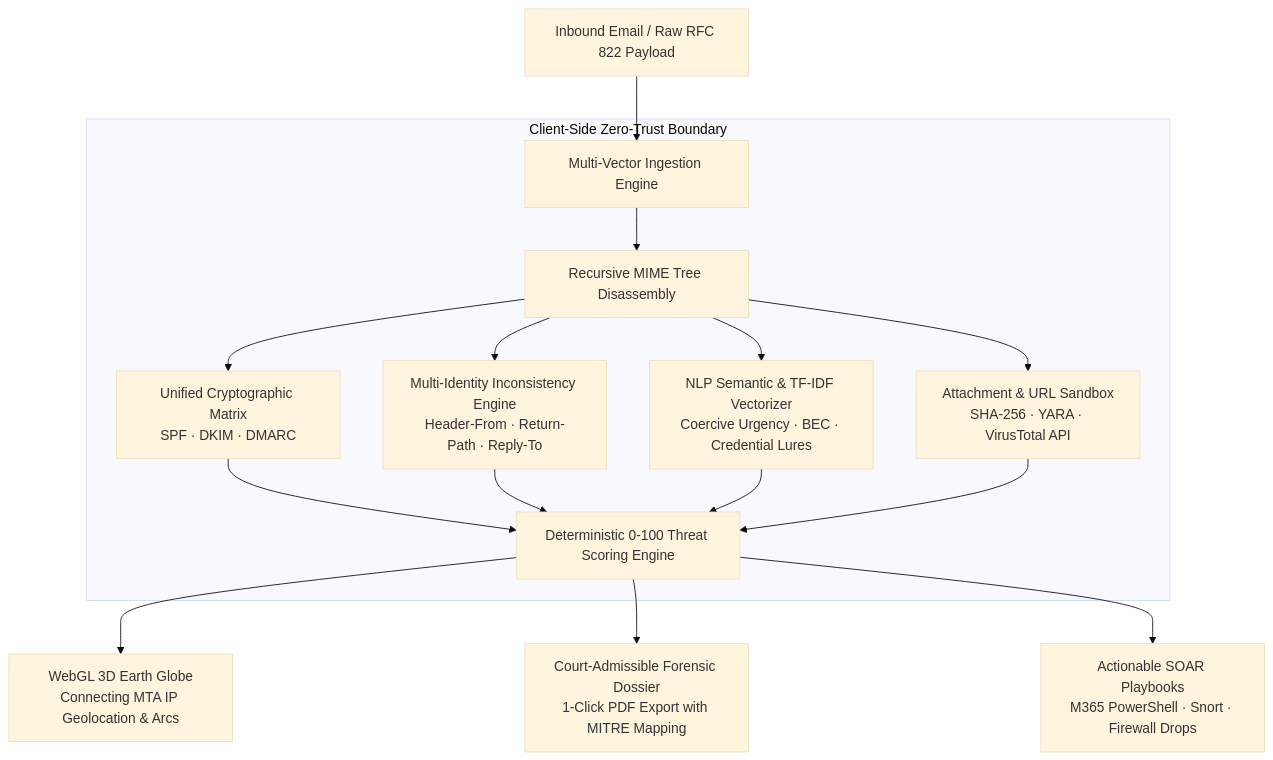
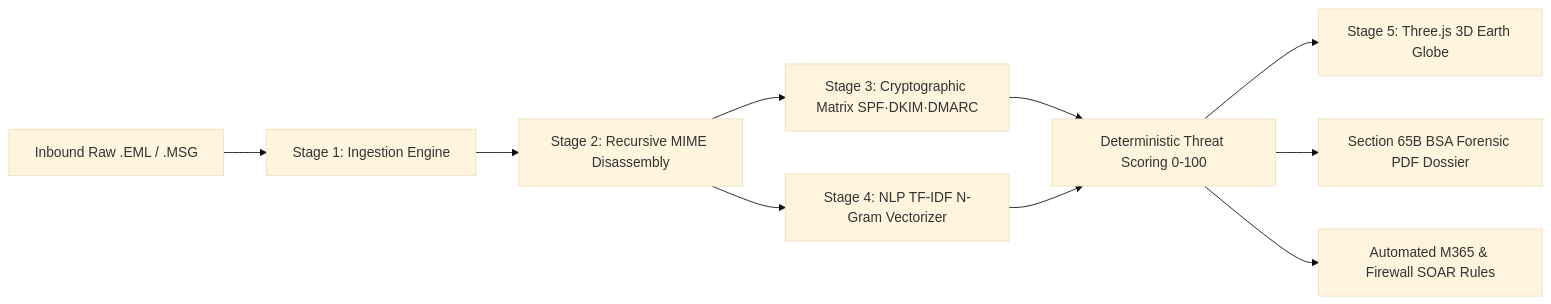
The diagram in README.md (viswakpullepu/threatlens), drawn with Mermaid (base theme) before and after one commit. The commit also changed other lines of this file and 3 other files, not shown here.

Commit message:
docs(readme): add SIH 2026 jury shortlist scorecard, SVG banners, competitive matrix, and 5-stage pipeline diagram

````diff
--- a/README.md
+++ b/README.md
@@ -47,18 +79,11 @@
 ```mermaid
-graph TD
-    A[Inbound Email / Raw RFC 822 Payload] --> B[Multi-Vector Ingestion Engine]
-    
-    subgraph Client-Side Zero-Trust Boundary
-        B --> C[Recursive MIME Tree Disassembly]
-        C --> D1[Unified Cryptographic Matrix<br/>SPF · DKIM · DMARC]
-        C --> D2[Multi-Identity Inconsistency Engine<br/>Header-From · Return-Path · Reply-To]
-        C --> D3[NLP Semantic & TF-IDF Vectorizer<br/>Coercive Urgency · BEC · Credential Lures]
-        C --> D4[Attachment & URL Sandbox<br/>SHA-256 · YARA · VirusTotal API]
-        
-        D1 & D2 & D3 & D4 --> E[Deterministic 0-100 Threat Scoring Engine]
-    end
-
-    E --> F1[WebGL 3D Earth Globe<br/>Connecting MTA IP Geolocation & Arcs]
-    E --> F2[Court-Admissible Forensic Dossier<br/>1-Click PDF Export with MITRE Mapping]
-    E --> F3[Actionable SOAR Playbooks<br/>M365 PowerShell · Snort · Firewall Drops]
+graph LR
+    A[Inbound Raw .EML / .MSG] --> B[Stage 1: Ingestion Engine]
+    B --> C[Stage 2: Recursive MIME Disassembly]
+    C --> D[Stage 3: Cryptographic Matrix SPF·DKIM·DMARC]
+    C --> E[Stage 4: NLP TF-IDF N-Gram Vectorizer]
+    D & E --> F[Deterministic Threat Scoring 0-100]
+    F --> G1[Stage 5: Three.js 3D Earth Globe]
+    F --> G2[Section 65B BSA Forensic PDF Dossier]
+    F --> G3[Automated M365 & Firewall SOAR Rules]
 ```
````
